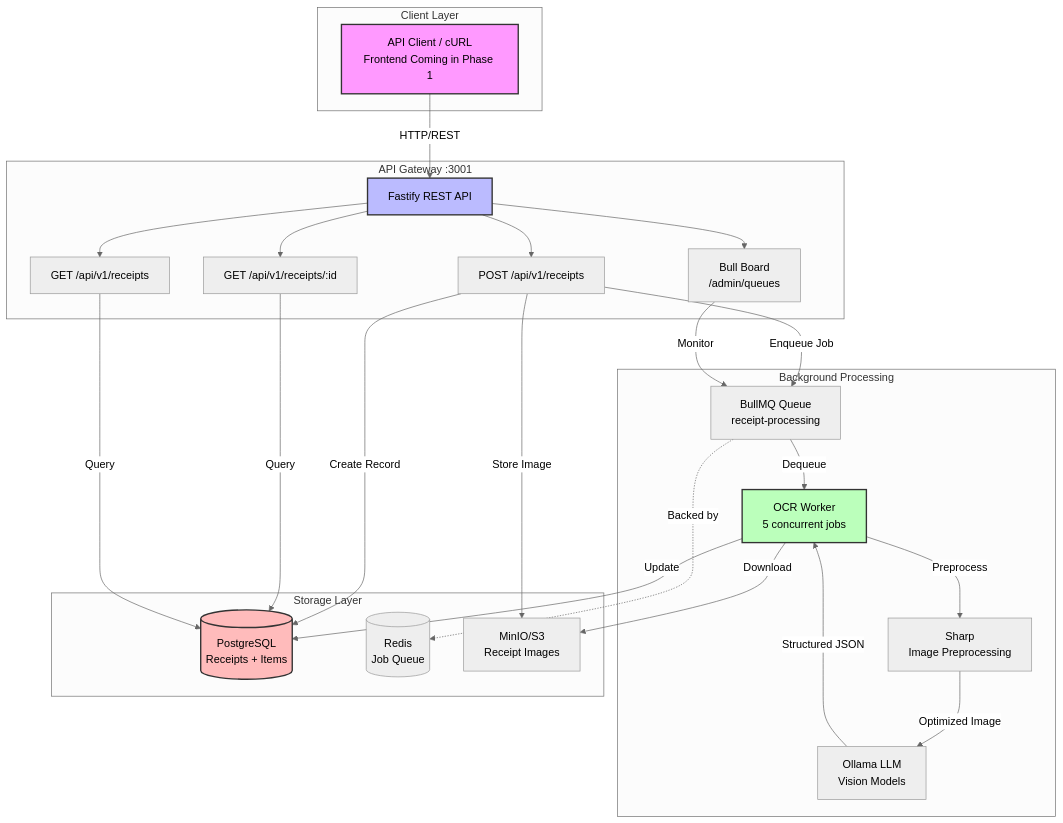
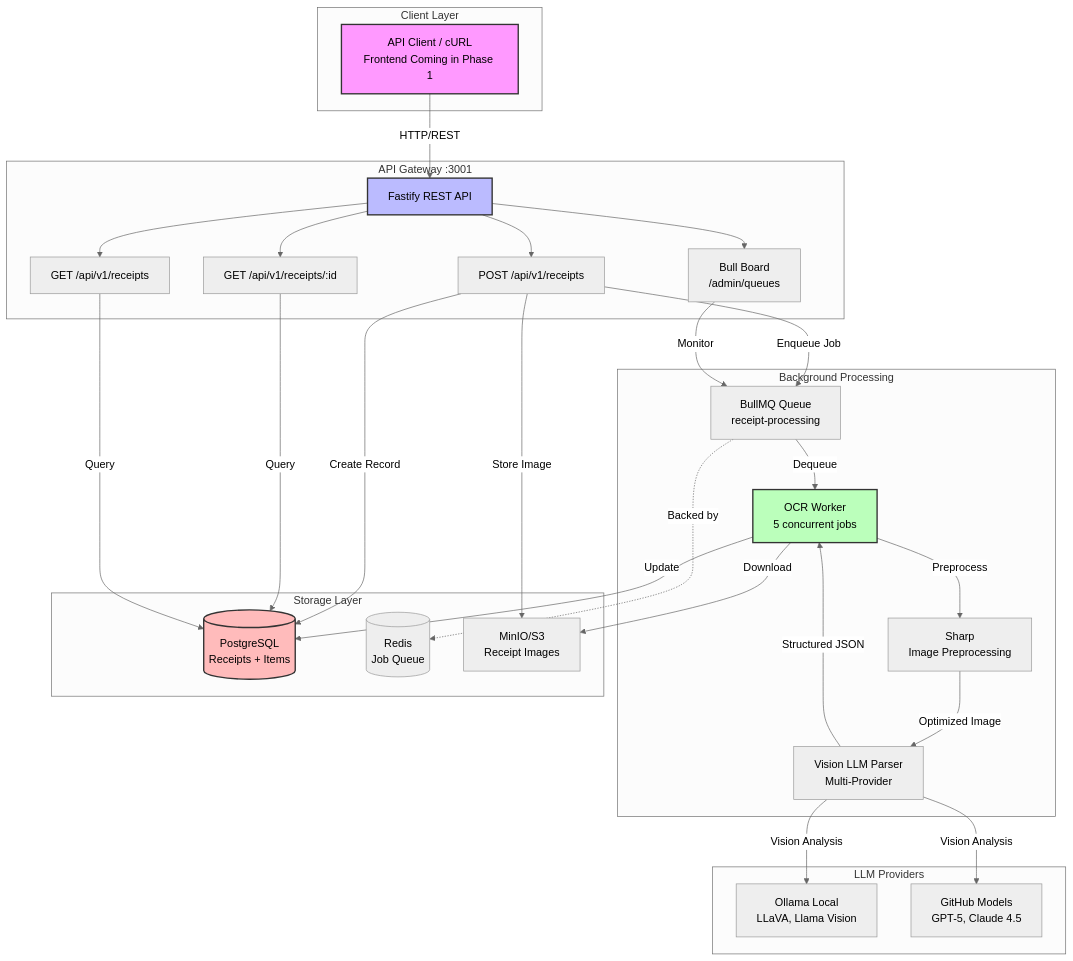
Before and after one commit to mpwg/Pricey: the first of 2 diagrams in README.md, drawn with Mermaid (neutral theme). The commit also changed other lines of this file and 16 other files, not shown here.

````diff
--- a/README.md
+++ b/README.md
@@ -74,55 +75,62 @@
 ```mermaid
 graph TB
     subgraph "Client Layer"
         Client[API Client / cURL<br/>Frontend Coming in Phase 1]
     end
 
     subgraph "API Gateway :3001"
         API[Fastify REST API]
         Upload[POST /api/v1/receipts]
         Get[GET /api/v1/receipts/:id]
         List[GET /api/v1/receipts]
         Dashboard[Bull Board<br/>/admin/queues]
     end
 
     subgraph "Background Processing"
         Queue[BullMQ Queue<br/>receipt-processing]
         Worker[OCR Worker<br/>5 concurrent jobs]
-        LLM[Ollama LLM<br/>Vision Models]
+        Parser[Vision LLM Parser<br/>Multi-Provider]
         Sharp[Sharp<br/>Image Preprocessing]
+    end
+
+    subgraph "LLM Providers"
+        Ollama[Ollama Local<br/>LLaVA, Llama Vision]
+        GitHub[GitHub Models<br/>GPT-5, Claude 4.5]
     end
 
     subgraph "Storage Layer"
         DB[(PostgreSQL<br/>Receipts + Items)]
         Cache[(Redis<br/>Job Queue)]
         S3[MinIO/S3<br/>Receipt Images]
     end
 
     Client -->|HTTP/REST| API
     API --> Upload
     API --> Get
     API --> List
     API --> Dashboard
 
     Upload -->|Store Image| S3
     Upload -->|Create Record| DB
     Upload -->|Enqueue Job| Queue
 
     Queue -->|Dequeue| Worker
     Worker -->|Download| S3
     Worker -->|Preprocess| Sharp
-    Sharp -->|Optimized Image| LLM
-    LLM -->|Structured JSON| Worker
+    Sharp -->|Optimized Image| Parser
+    Parser -->|Vision Analysis| Ollama
+    Parser -->|Vision Analysis| GitHub
+    Parser -->|Structured JSON| Worker
     Worker -->|Update| DB
 
     Get -->|Query| DB
     List -->|Query| DB
     Dashboard -->|Monitor| Queue
 
     Queue -.->|Backed by| Cache
 
     style Client fill:#f9f,stroke:#333,stroke-width:2px
     style API fill:#bbf,stroke:#333,stroke-width:2px
     style Worker fill:#bfb,stroke:#333,stroke-width:2px
     style DB fill:#fbb,stroke:#333,stroke-width:2px
 ```
````
